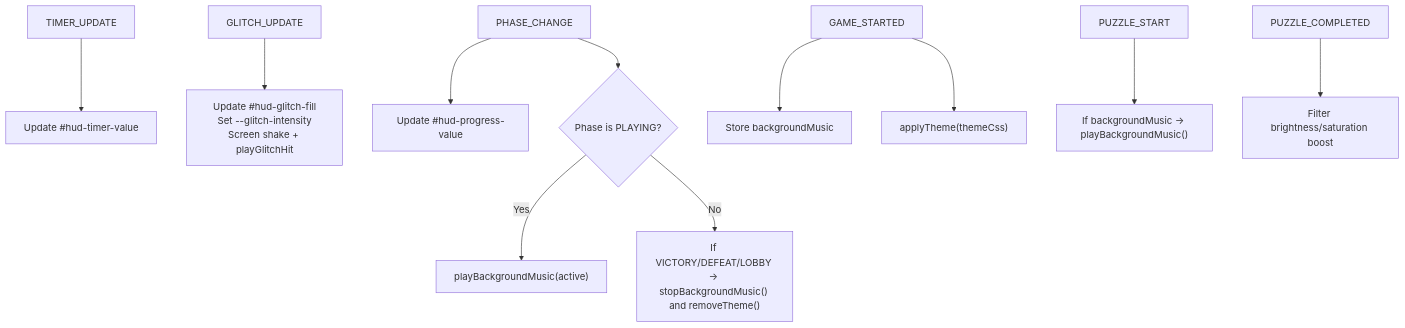
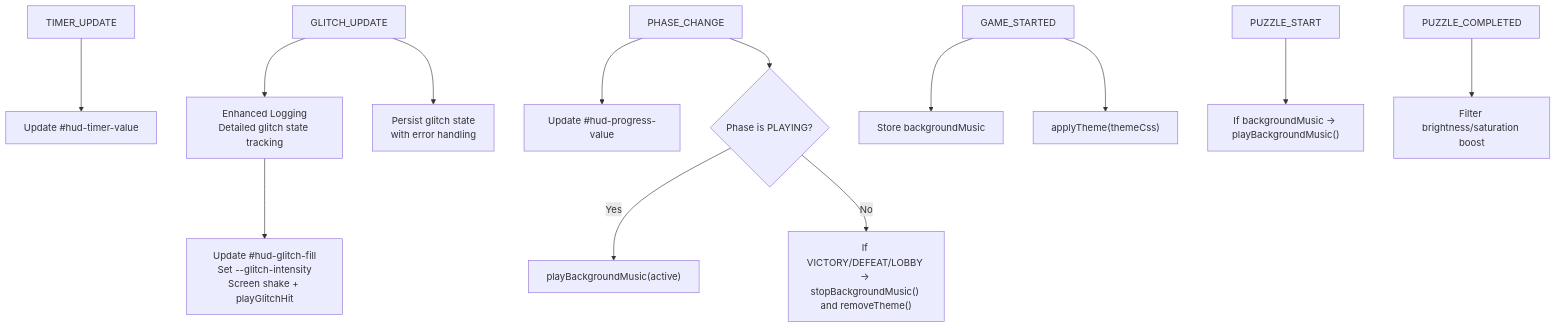
One commit to dkoukoul/escape-room-mvp changed diagram 11 of 21 in .qoder/repowiki/en/content/Client Application/Client Application.md. Above: the diagram before and after it, drawn with Mermaid. The commit also changed other lines of this file and 21 other files, not shown here.

````diff
--- a/.qoder/repowiki/en/content/Client Application/Client Application.md
+++ b/.qoder/repowiki/en/content/Client Application/Client Application.md
@@ -386,13 +487,15 @@
 ```mermaid
 flowchart TD
 Timer["TIMER_UPDATE"] --> UpdateTimer["Update #hud-timer-value"]
-Glitch["GLITCH_UPDATE"] --> UpdateGlitch["Update #hud-glitch-fill<br/>Set --glitch-intensity<br/>Screen shake + playGlitchHit"]
+Glitch["GLITCH_UPDATE"] --> LogGlitch["Enhanced Logging<br/>Detailed glitch state tracking"]
+LogGlitch --> UpdateHUD["Update #hud-glitch-fill<br/>Set --glitch-intensity<br/>Screen shake + playGlitchHit"]
+Glitch --> PersistGlitch["Persist glitch state<br/>with error handling"]
 Phase["PHASE_CHANGE"] --> UpdateProgress["Update #hud-progress-value"]
 Phase --> MusicCheck{"Phase is PLAYING?"}
 MusicCheck --> |Yes| PlayBGM["playBackgroundMusic(active)"]
 MusicCheck --> |No| MaybeStop["If VICTORY/DEFEAT/LOBBY -> stopBackgroundMusic() and removeTheme()"]
 GameStart["GAME_STARTED"] --> StoreMusic["Store backgroundMusic"]
 GameStart --> ApplyTheme["applyTheme(themeCss)"]
 PuzzleStart["PUZZLE_START"] --> MaybePlay["If backgroundMusic -> playBackgroundMusic()"]
 Completed["PUZZLE_COMPLETED"] --> Celebration["Filter brightness/saturation boost"]
 ```
````
